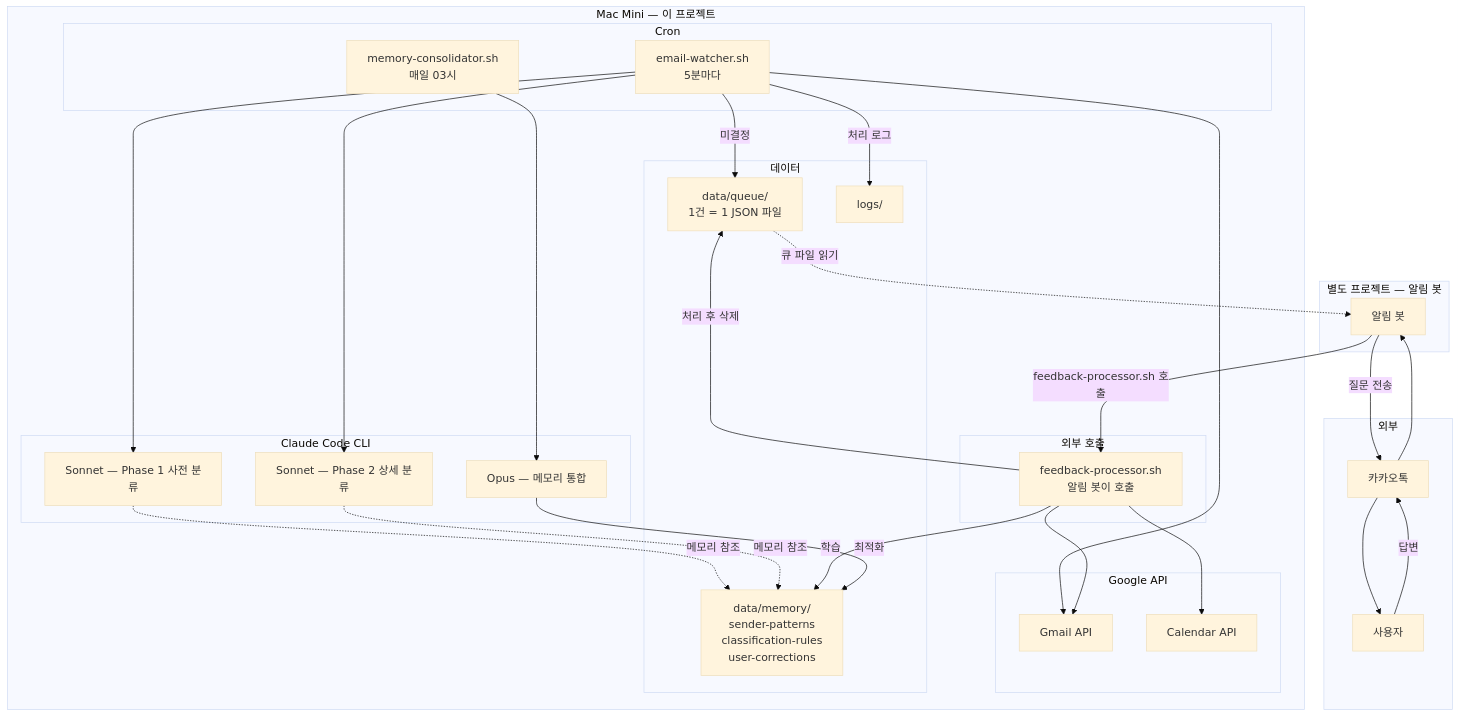
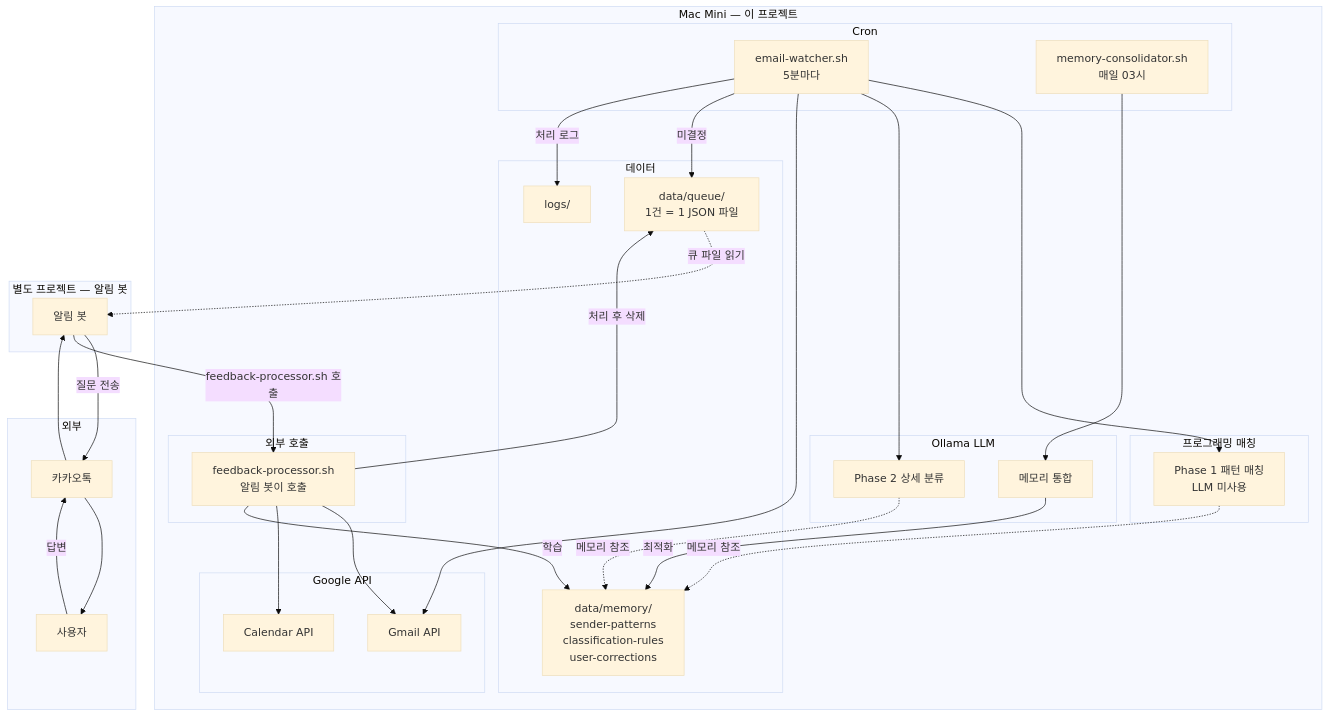
Before and after one commit to realcoding2003/gmail-calendar-organizer: the first of 4 diagrams in docs/architecture.md, drawn with Mermaid (base theme). The commit also changed other lines of this file and 3 other files, not shown here.

First line of the commit message:
docs: Claude CLI 참조 제거, Ollama 로컬 LLM 기반으로 문서 전면 개편

````diff
--- a/docs/architecture.md
+++ b/docs/architecture.md
@@ -10,57 +10,60 @@
 ```mermaid
 graph TB
     subgraph "Mac Mini — 이 프로젝트"
         subgraph "Cron"
             W[email-watcher.sh<br/>5분마다]
             MC[memory-consolidator.sh<br/>매일 03시]
         end
 
         subgraph "외부 호출"
             FP[feedback-processor.sh<br/>알림 봇이 호출]
         end
 
-        subgraph "Claude Code CLI"
-            S1[Sonnet — Phase 1 사전 분류]
-            S2[Sonnet — Phase 2 상세 분류]
-            O1[Opus — 메모리 통합]
+        subgraph "Ollama LLM"
+            S2[Phase 2 상세 분류]
+            O1[메모리 통합]
+        end
+
+        subgraph "프로그래밍 매칭"
+            S1[Phase 1 패턴 매칭<br/>LLM 미사용]
         end
 
         subgraph "Google API"
             GM[Gmail API]
             GC[Calendar API]
         end
 
         subgraph "데이터"
             Q[data/queue/<br/>1건 = 1 JSON 파일]
             MEM[data/memory/<br/>sender-patterns<br/>classification-rules<br/>user-corrections]
             LOG[logs/]
         end
 
         W --> S1 & S2
         W --> GM
         W -->|미결정| Q
         W -->|처리 로그| LOG
         S1 & S2 -.->|메모리 참조| MEM
 
         FP --> GM & GC
         FP -->|학습| MEM
         FP -->|처리 후 삭제| Q
 
         MC --> O1
         O1 -->|최적화| MEM
     end
 
     subgraph "별도 프로젝트 — 알림 봇"
         BOT[알림 봇]
     end
 
     subgraph "외부"
         KT[카카오톡]
         USER[사용자]
     end
 
     Q -.->|큐 파일 읽기| BOT
     BOT -->|질문 전송| KT --> USER
     USER -->|답변| KT --> BOT
     BOT -->|feedback-processor.sh 호출| FP
 ```
````
